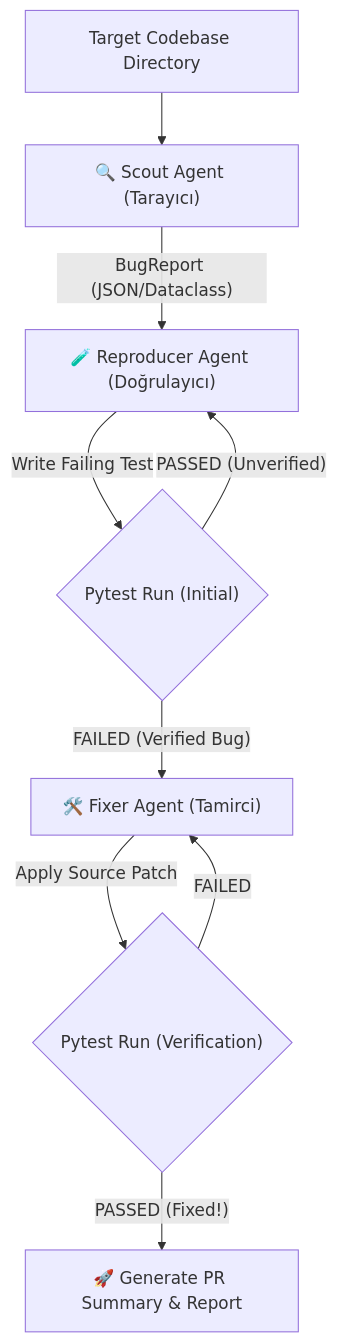
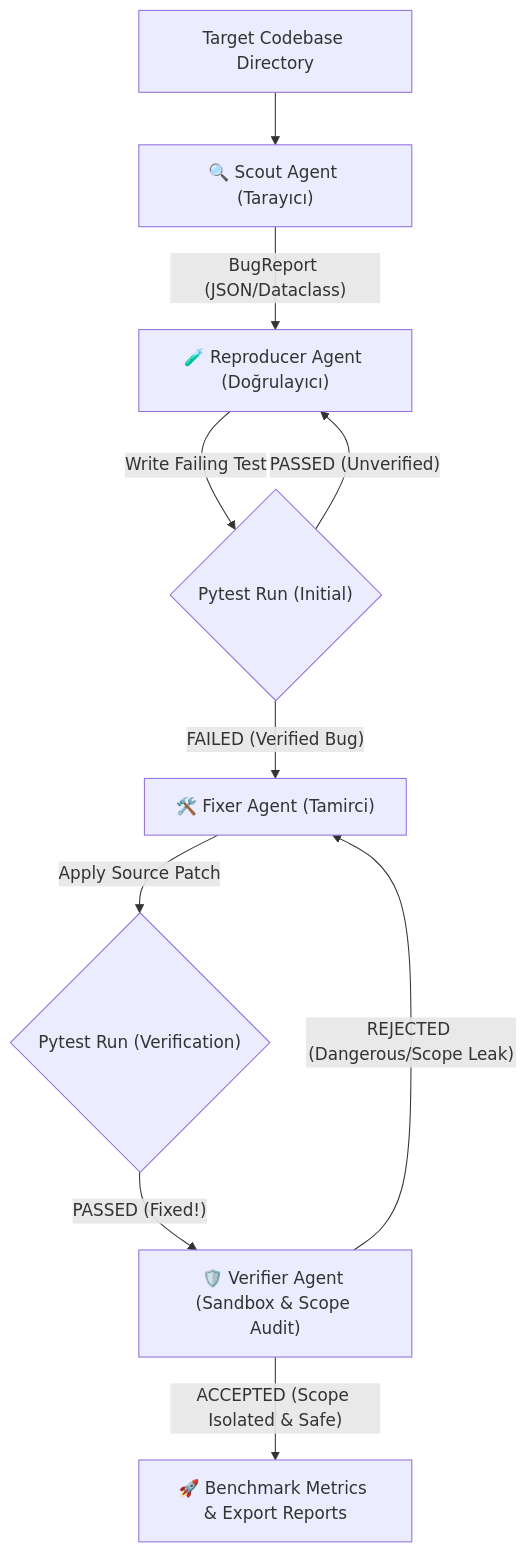
One commit to talhakaramavus/self_healing_bug_hunter changed the diagram in README.md. Above: the diagram before and after it, drawn with Mermaid. The commit also changed other lines of this file, not shown here.

Commit message:
docs: update README with 4-agent Verifier architecture, Benchmark metrics, and Agentix Labs methodology

````diff
--- a/README.md
+++ b/README.md
@@ -26,11 +28,12 @@
 ```mermaid
 graph TD
     A["Target Codebase Directory"] --> B["🔍 Scout Agent (Tarayıcı)"]
     B -- "BugReport (JSON/Dataclass)" --> C["🧪 Reproducer Agent (Doğrulayıcı)"]
     C -- "Write Failing Test" --> D{"Pytest Run (Initial)"}
     D -- "FAILED (Verified Bug)" --> E["🛠️ Fixer Agent (Tamirci)"]
     D -- "PASSED (Unverified)" --> C
     E -- "Apply Source Patch" --> F{"Pytest Run (Verification)"}
-    F -- "PASSED (Fixed!)" --> G["🚀 Generate PR Summary & Report"]
-    F -- "FAILED" --> E
+    F -- "PASSED (Fixed!)" --> G["🛡️ Verifier Agent (Sandbox & Scope Audit)"]
+    G -- "ACCEPTED (Scope Isolated & Safe)" --> H["🚀 Benchmark Metrics & Export Reports"]
+    G -- "REJECTED (Dangerous/Scope Leak)" --> E
 ```
````
